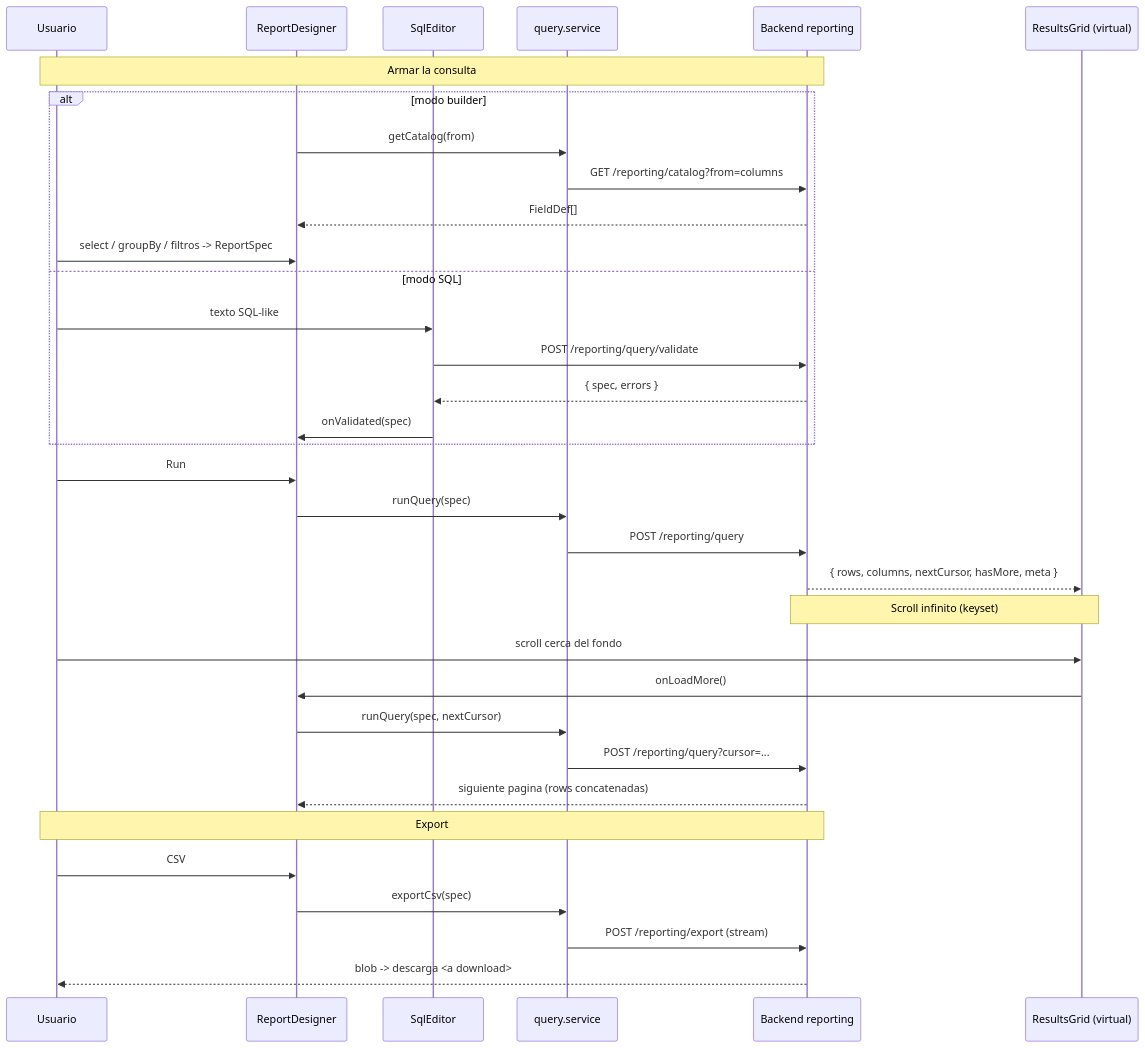
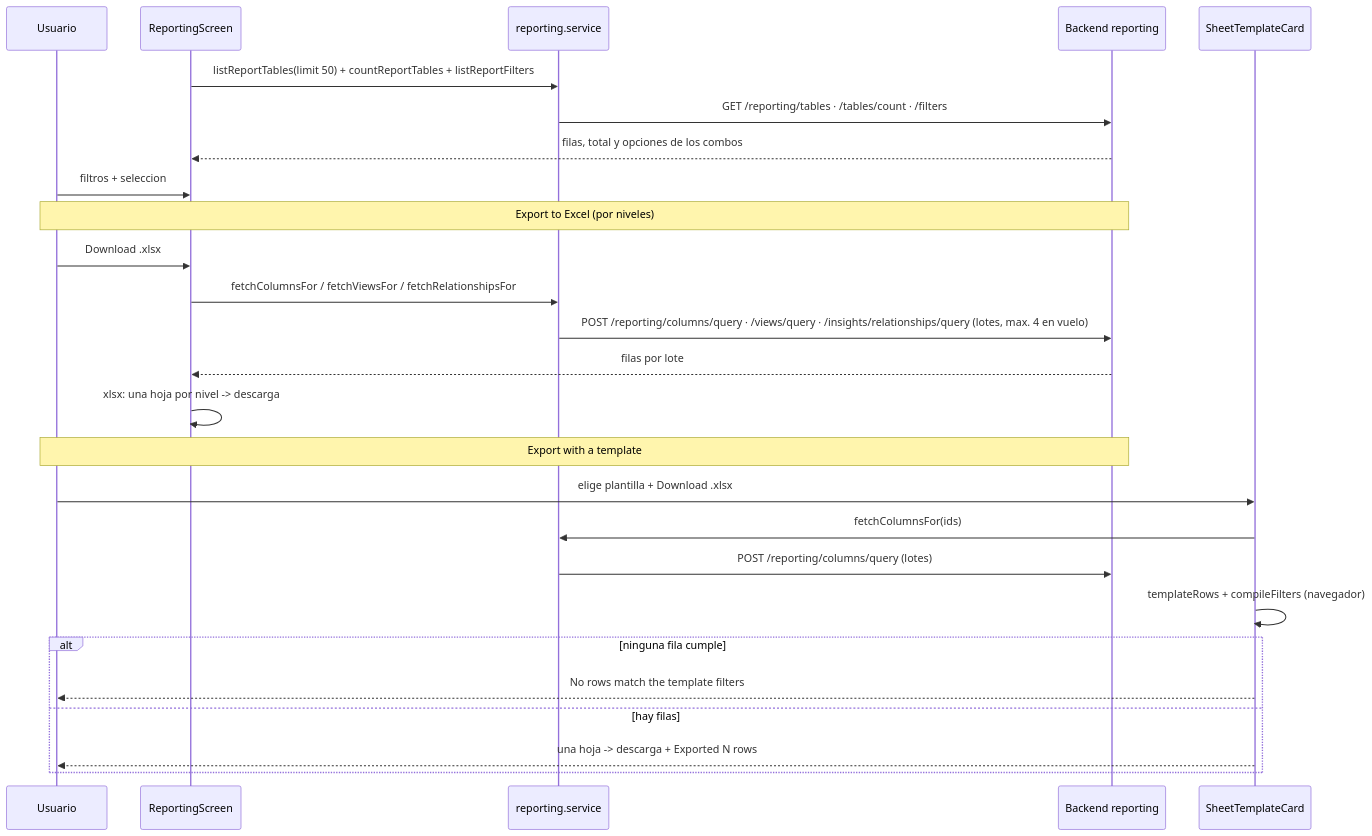
The sixth of 8 diagrams in doc/data-flow.md (Carlosmps97/web-data-model-hub), drawn with Mermaid before and after one commit. The commit also changed other lines of this file and 51 other files, not shown here.

````diff
--- a/doc/data-flow.md
+++ b/doc/data-flow.md
@@ -554,40 +548,31 @@
 ```mermaid
 sequenceDiagram
   participant U as Usuario
-  participant RD as ReportDesigner
-  participant SQL as SqlEditor
-  participant Svc as query.service
+  participant RS as ReportingScreen
+  participant Svc as reporting.service
   participant API as Backend reporting
-  participant Grid as ResultsGrid (virtual)
+  participant TC as SheetTemplateCard
 
-  Note over U,API: Armar la consulta
-  alt modo builder
-    RD->>Svc: getCatalog(from)
-    Svc->>API: GET /reporting/catalog?from=columns
-    API-->>RD: FieldDef[]
-    U->>RD: select / groupBy / filtros -> ReportSpec
-  else modo SQL
-    U->>SQL: texto SQL-like
-    SQL->>API: POST /reporting/query/validate
-    API-->>SQL: { spec, errors }
-    SQL->>RD: onValidated(spec)
+  RS->>Svc: listReportTables(limit 50) + countReportTables + listReportFilters
+  Svc->>API: GET /reporting/tables · /tables/count · /filters
+  API-->>RS: filas, total y opciones de los combos
+  U->>RS: filtros + seleccion
+
+  Note over U,API: Export to Excel (por niveles)
+  U->>RS: Download .xlsx
+  RS->>Svc: fetchColumnsFor / fetchViewsFor / fetchRelationshipsFor
+  Svc->>API: POST /reporting/columns/query · /views/query · /insights/relationships/query (lotes, max. 4 en vuelo)
+  API-->>RS: filas por lote
+  RS->>RS: xlsx: una hoja por nivel -> descarga
+
+  Note over U,API: Export with a template
+  U->>TC: elige plantilla + Download .xlsx
+  TC->>Svc: fetchColumnsFor(ids)
+  Svc->>API: POST /reporting/columns/query (lotes)
+  TC->>TC: templateRows + compileFilters (navegador)
+  alt ninguna fila cumple
+    TC-->>U: No rows match the template filters
+  else hay filas
+    TC-->>U: una hoja -> descarga + Exported N rows
   end
-
-  U->>RD: Run
-  RD->>Svc: runQuery(spec)
-  Svc->>API: POST /reporting/query
-  API-->>Grid: { rows, columns, nextCursor, hasMore, meta }
-
-  Note over Grid,API: Scroll infinito (keyset)
-  U->>Grid: scroll cerca del fondo
-  Grid->>RD: onLoadMore()
-  RD->>Svc: runQuery(spec, nextCursor)
-  Svc->>API: POST /reporting/query?cursor=...
-  API-->>RD: siguiente pagina (rows concatenadas)
-
-  Note over U,API: Export
-  U->>RD: CSV
-  RD->>Svc: exportCsv(spec)
-  Svc->>API: POST /reporting/export (stream)
-  API-->>U: blob -> descarga <a download>
 ```
````
